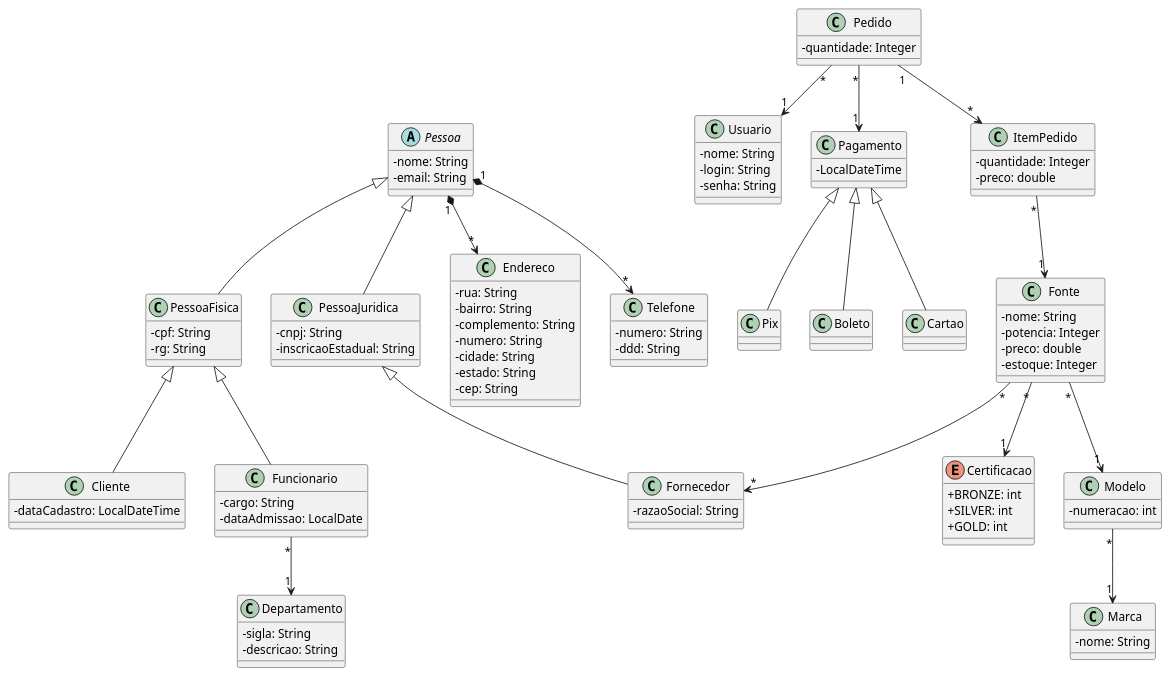
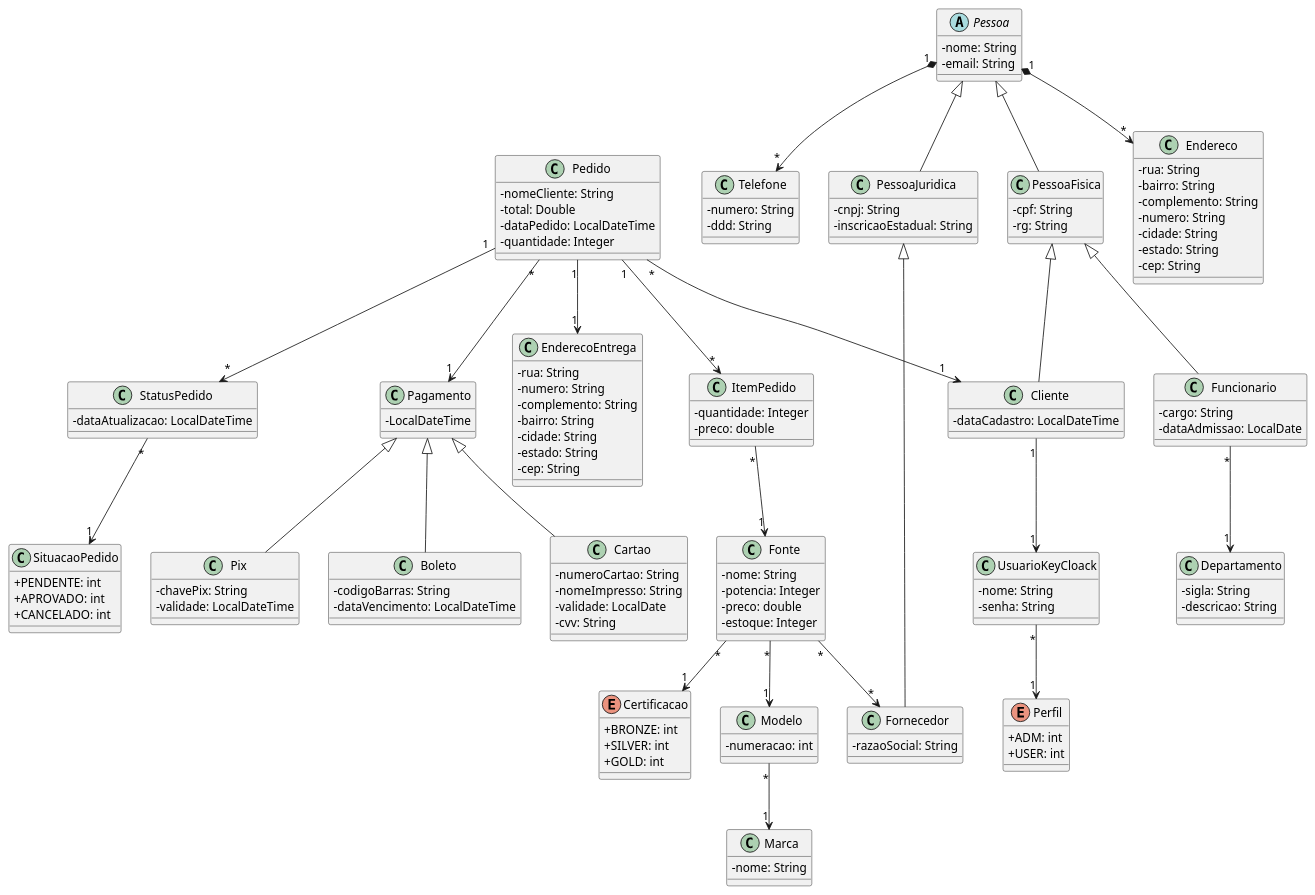
One commit to BielGG9/fontestp1 changed the diagram in src/main/resources/UML.puml. Above: the diagram before and after it, drawn with PlantUML. The commit also changed 11 other files, not shown here.

Commit message:
KEYCLOACK IMPLEMENTADO E PEDIDO/PAGAMENTO/LOG EM ANDAMENTO

```diff
--- a/src/main/resources/UML.puml
+++ b/src/main/resources/UML.puml
@@ -1,129 +1,199 @@
 @startuml
 
 skinparam classAttributeIconSize 0
 
 
 class PessoaFisica extends Pessoa {
+
   -cpf: String
   -rg: String
 }
 
 class PessoaJuridica extends Pessoa {
+
   -cnpj: String
   -inscricaoEstadual: String
 }
 
 abstract class Pessoa {
+
   -nome: String
   -email: String
 }
 
 class Cliente extends PessoaFisica{
+
   -dataCadastro: LocalDateTime
 }
 
 class Endereco {
+
   -rua: String
   -bairro: String
   -complemento: String
   -numero: String
   -cidade: String
   -estado: String
   -cep: String
 
 }
 
 class Telefone {
+
   -numero: String
   -ddd: String
 }
 
 Class Departamento {
+
   -sigla: String
   -descricao: String
 }
 
 class Funcionario extends PessoaFisica {
+
   -cargo: String
   -dataAdmissao: LocalDate
 }
 
 class Fornecedor extends PessoaJuridica {
+
   -razaoSocial: String
 }
 
-class Usuario {
+class UsuarioKeyCloack {
+
   -nome: String
-  -login: String
   -senha: String
 }
 
+Enum Perfil {
+
+  + ADM: int
+  + USER: int
+
+}
+
 class Pedido {
+
+  -nomeCliente: String
+  -total: Double
+  -dataPedido: LocalDateTime
   -quantidade: Integer
 
 }
 
+Class EnderecoEntrega {
+
+  -rua: String
+  -numero: String
+  -complemento: String
+  -bairro: String
+  -cidade: String
+  -estado: String
+  -cep: String
+
+}
+
 class Pagamento {
+  
   -LocalDateTime
 
 }
 
 class Pix extends Pagamento {
 
+  -chavePix: String
+  -validade: LocalDateTime
 }
 
 class Boleto extends Pagamento {
+  -codigoBarras: String
+  -dataVencimento: LocalDateTime
 
 }
 
 class Cartao extends Pagamento{
+
+  -numeroCartao: String
+  -nomeImpresso: String
+  -validade: LocalDate
+  -cvv: String
 
 }
 
 class ItemPedido {
   -quantidade: Integer
   -preco: double
 
 }
 
 class Fonte {
   -nome: String
   -potencia: Integer
   -preco: double
   -estoque: Integer
 }
 
 class Marca {
+
   -nome: String
 }
 
 enum Certificacao {
+
   + BRONZE: int
   + SILVER: int
   + GOLD: int 
 }
 
 class Modelo {
+
   -numeracao: int
   
   }
+
+Class SituacaoPedido {
+
+  + PENDENTE: int
+  + APROVADO: int
+  + CANCELADO: int
+
+}
+
+class StatusPedido {
+
+  -dataAtualizacao: LocalDateTime
+
+}
+
+
+
 
 Pessoa "1" *--> "*" Endereco
 Pessoa "1" *--> "*" Telefone
 
 Funcionario "*" --> "1" Departamento
 
-Pedido "*" --> "1" Usuario 
+Pedido "*" --> "1" Cliente
 Pedido "1" --> "*" ItemPedido
-Pedido "*" --> "1" Pagamento 
+Pedido "*" --> "1" Pagamento
+Pedido "1" --> "*" StatusPedido
+Pedido "1" --> "1" EnderecoEntrega
+
+StatusPedido "*" --> "1" SituacaoPedido
+
+Cliente "1" --> "1" UsuarioKeyCloack
+
+UsuarioKeyCloack "*" --> "1" Perfil
 
 ItemPedido "*" --> "1" Fonte
 
 Fonte "*" --> "1" Modelo
 Fonte "*" --> "*" Fornecedor
 Fonte "*" --> "1" Certificacao
 
 Modelo "*" --> "1" Marca
 
 
 @enduml
```
